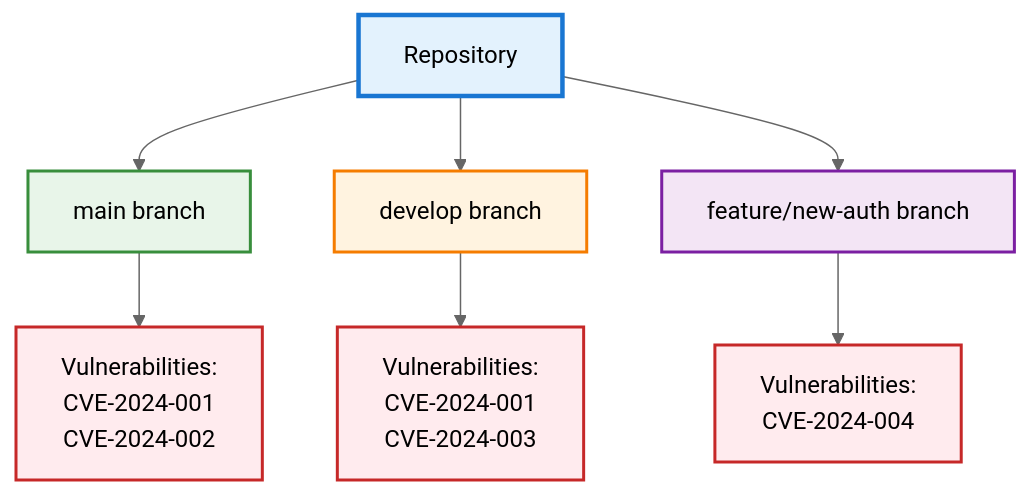
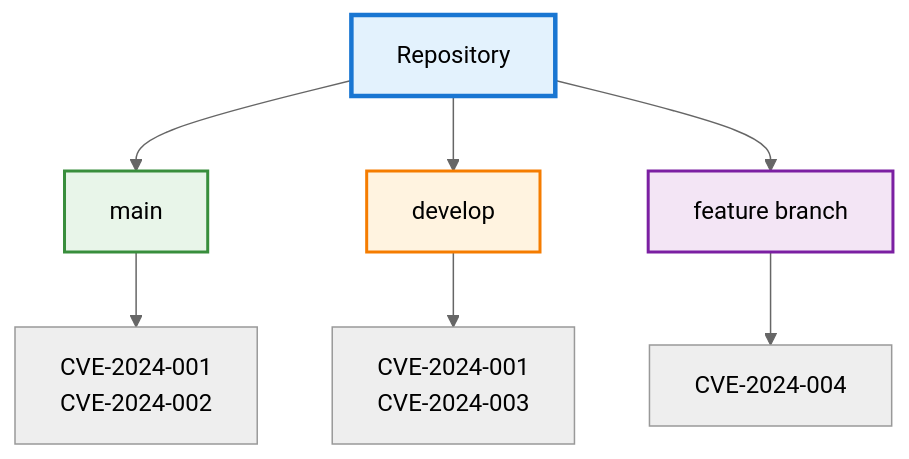
The diagram in src/pages/explanation/core-concepts/repository-versions.mdx (l3montree-dev/devguard-documentation), drawn with Mermaid (neutral theme) before and after one commit. The commit also changed other lines of this file and 2 other files, not shown here.

Commit message:
artifacts.mdx and revision repository-versions.mdx

````diff
--- a/src/pages/explanation/core-concepts/repository-versions.mdx
+++ b/src/pages/explanation/core-concepts/repository-versions.mdx
@@ -8,18 +8,15 @@
 ```mermaid
 graph TD
-    A[Repository] --> B[main branch]
-    A --> C[develop branch]
-    A --> D[feature/new-auth branch]
+    A[Repository] --> B[main]
+    A --> C[develop]
+    A --> D[feature branch]
     
-    B --> E[Vulnerabilities:<br/>CVE-2024-001<br/>CVE-2024-002]
-    C --> F[Vulnerabilities:<br/>CVE-2024-001<br/>CVE-2024-003]
-    D --> G[Vulnerabilities:<br/>CVE-2024-004]
+    B --> E[CVE-2024-001<br/>CVE-2024-002]
+    C --> F[CVE-2024-001<br/>CVE-2024-003]
+    D --> G[CVE-2024-004]
     
     style A fill:#e3f2fd,stroke:#1976d2,stroke-width:3px,color:#000
     style B fill:#e8f5e9,stroke:#388e3c,stroke-width:2px,color:#000
     style C fill:#fff3e0,stroke:#f57c00,stroke-width:2px,color:#000
     style D fill:#f3e5f5,stroke:#7b1fa2,stroke-width:2px,color:#000
-    style E fill:#ffebee,stroke:#c62828,stroke-width:2px,color:#000
-    style F fill:#ffebee,stroke:#c62828,stroke-width:2px,color:#000
-    style G fill:#ffebee,stroke:#c62828,stroke-width:2px,color:#000
 ```
````
